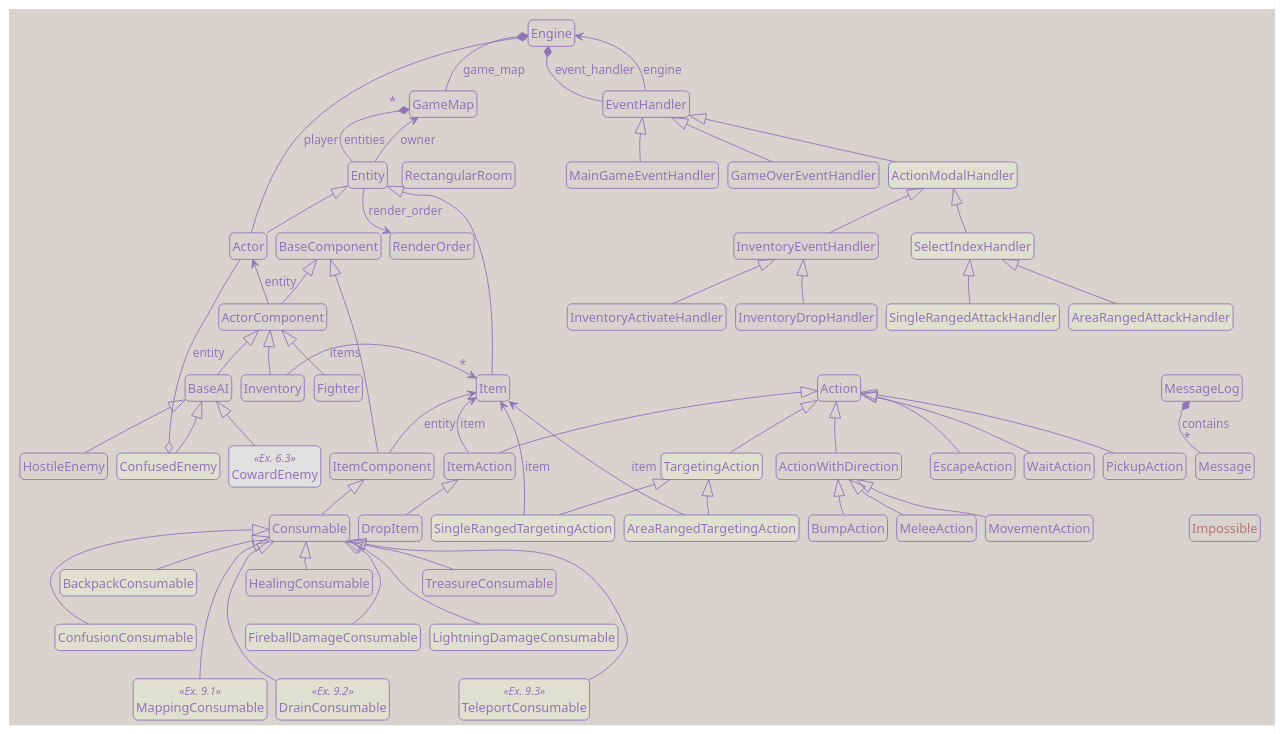
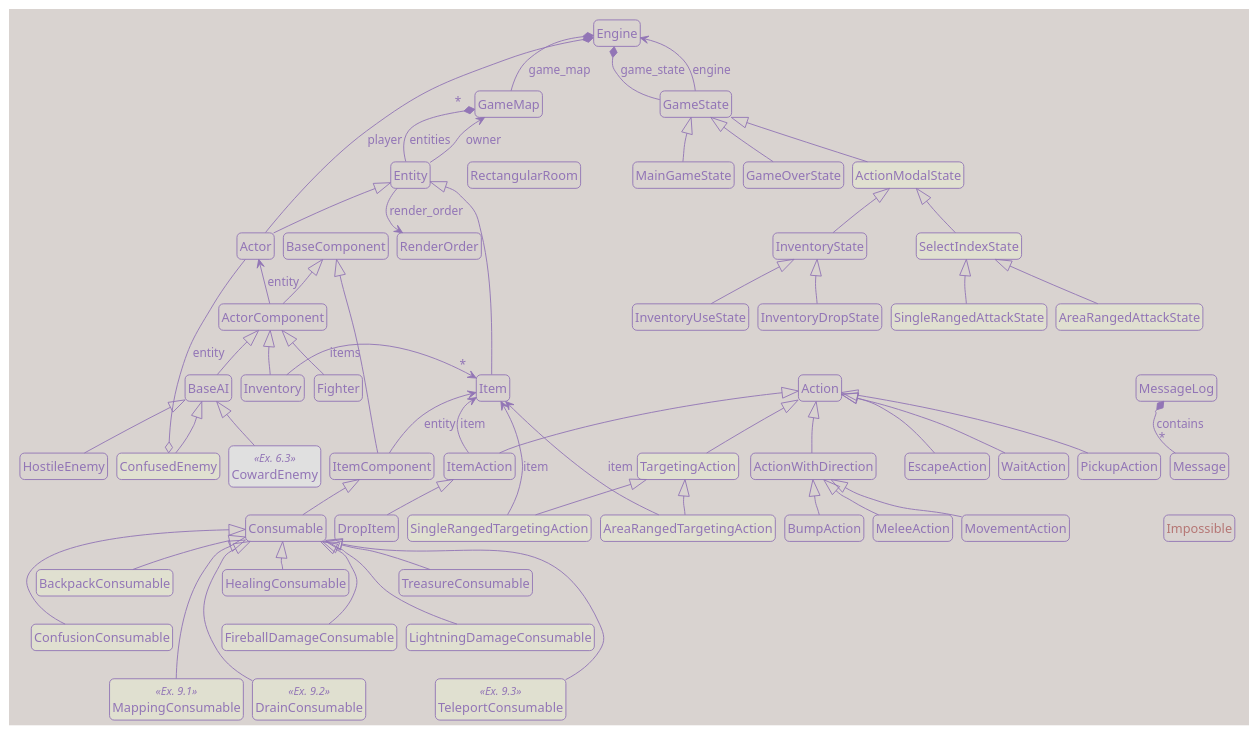
One commit to Darky-Lucera/roguelike-tutorials-website changed the diagram in content/tutorials/tcod/v3/uml/part9_classes.puml. Above: the diagram before and after it, drawn with PlantUML. The commit also changed 21 other files, not shown here.

```diff
--- a/content/tutorials/tcod/v3/uml/part9_classes.puml
+++ b/content/tutorials/tcod/v3/uml/part9_classes.puml
@@ -53,10 +53,10 @@
 class "GameMap" as game.map.game_map.GameMap {
 }
 
-class "EventHandler" as game.input_handlers.EventHandler {
+class "GameState" as game.game_states.GameState {
 }
 
-class "ActionModalHandler" as game.input_handlers.ActionModalHandler #e0e0d0 {
+class "ActionModalState" as game.game_states.ActionModalState #e0e0d0 {
 }
 
 class "Action" as game.actions.Action {
@@ -89,28 +89,28 @@
 class "<color:#b57674>Impossible</color>" as game.exceptions.Impossible {
 }
 
-class "MainGameEventHandler" as game.input_handlers.MainGameEventHandler {
+class "MainGameState" as game.game_states.MainGameState {
 }
 
-class "GameOverEventHandler" as game.input_handlers.GameOverEventHandler {
+class "GameOverState" as game.game_states.GameOverState {
 }
 
-class "InventoryEventHandler" as game.input_handlers.InventoryEventHandler {
+class "InventoryState" as game.game_states.InventoryState {
 }
 
-class "InventoryActivateHandler" as game.input_handlers.InventoryActivateHandler {
+class "InventoryUseState" as game.game_states.InventoryUseState {
 }
 
-class "InventoryDropHandler" as game.input_handlers.InventoryDropHandler {
+class "InventoryDropState" as game.game_states.InventoryDropState {
 }
 
-class "SelectIndexHandler" as game.input_handlers.SelectIndexHandler #e0e0d0 {
+class "SelectIndexState" as game.game_states.SelectIndexState #e0e0d0 {
 }
 
-class "AreaRangedAttackHandler" as game.input_handlers.AreaRangedAttackHandler #e0e0d0 {
+class "AreaRangedAttackState" as game.game_states.AreaRangedAttackState #e0e0d0 {
 }
 
-class "SingleRangedAttackHandler" as game.input_handlers.SingleRangedAttackHandler #e0e0d0 {
+class "SingleRangedAttackState" as game.game_states.SingleRangedAttackState #e0e0d0 {
 }
 
 class "ActionWithDirection" as game.actions.ActionWithDirection {
@@ -244,21 +244,21 @@
 game.entities.components.consumable.Consumable <|-- game.entities.components.consumable.TeleportConsumable
 game.entities.components.consumable.Consumable <|-- game.entities.components.consumable.TreasureConsumable
 
-game.input_handlers.EventHandler <|-- game.input_handlers.ActionModalHandler
-game.input_handlers.EventHandler <|-- game.input_handlers.MainGameEventHandler
-game.input_handlers.EventHandler <|-- game.input_handlers.GameOverEventHandler
-game.input_handlers.ActionModalHandler <|-- game.input_handlers.InventoryEventHandler
-game.input_handlers.ActionModalHandler <|-- game.input_handlers.SelectIndexHandler
-game.input_handlers.InventoryEventHandler <|-- game.input_handlers.InventoryActivateHandler
-game.input_handlers.InventoryEventHandler <|-- game.input_handlers.InventoryDropHandler
-game.input_handlers.SelectIndexHandler <|-- game.input_handlers.AreaRangedAttackHandler
-game.input_handlers.SelectIndexHandler <|-- game.input_handlers.SingleRangedAttackHandler
+game.game_states.GameState <|-- game.game_states.ActionModalState
+game.game_states.GameState <|-- game.game_states.MainGameState
+game.game_states.GameState <|-- game.game_states.GameOverState
+game.game_states.ActionModalState <|-- game.game_states.InventoryState
+game.game_states.ActionModalState <|-- game.game_states.SelectIndexState
+game.game_states.InventoryState <|-- game.game_states.InventoryUseState
+game.game_states.InventoryState <|-- game.game_states.InventoryDropState
+game.game_states.SelectIndexState <|-- game.game_states.AreaRangedAttackState
+game.game_states.SelectIndexState <|-- game.game_states.SingleRangedAttackState
 
 ' Ownership / references / associations.
 game.engine.Engine *-- game.map.game_map.GameMap : game_map
 game.engine.Engine *-- game.entities.entity.Actor : player
-game.engine.Engine *-- game.input_handlers.EventHandler : event_handler
-game.input_handlers.EventHandler -up-> game.engine.Engine : engine
+game.engine.Engine *-- game.game_states.GameState : game_state
+game.game_states.GameState -up-> game.engine.Engine : engine
 
 game.map.game_map.GameMap "  *  " *-- game.entities.entity.Entity : entities
 game.entities.entity.Entity -up-> game.map.game_map.GameMap : owner
@@ -281,14 +281,14 @@
 
 ' Engine should be the top anchor. Keep the main roots under it.
 game.engine.Engine -[hidden]down- game.map.game_map.GameMap
-game.engine.Engine -[hidden]down- game.input_handlers.EventHandler
+game.engine.Engine -[hidden]down- game.game_states.GameState
 game.engine.Engine -[hidden]down- game.actions.Action
 game.engine.Engine -[hidden]down- game.message_log.MessageLog
 game.engine.Engine -[hidden]down- game.exceptions.Impossible
 
 ' Main second row, left to right.
-game.map.game_map.GameMap -[hidden]right- game.input_handlers.EventHandler
-game.input_handlers.EventHandler -[hidden]right- game.actions.Action
+game.map.game_map.GameMap -[hidden]right- game.game_states.GameState
+game.game_states.GameState -[hidden]right- game.actions.Action
 game.actions.Action -[hidden]right- game.message_log.MessageLog
 
 ' Map and entity/component columns.
@@ -318,7 +318,7 @@
 game.actions.ActionWithDirection -[hidden]down- game.actions.MeleeAction
 game.actions.ActionWithDirection -[hidden]down- game.actions.MovementAction
 
-game.input_handlers.InventoryDropHandler -[hidden]down- game.actions.Action
+game.game_states.InventoryDropState -[hidden]down- game.actions.Action
 
 game.entities.components.base_component.BaseComponent -[hidden]down- game.entities.components.base_component.ItemComponent
 game.entities.components.base_component.BaseComponent -[hidden]down- game.entities.components.base_component.ActorComponent
@@ -348,16 +348,16 @@
 game.entities.components.consumable.MappingConsumable -[hidden]right- game.entities.components.consumable.DrainConsumable
 game.entities.components.consumable.DrainConsumable -[hidden]right- game.entities.components.consumable.TeleportConsumable
 
-game.input_handlers.EventHandler -[hidden]down- game.input_handlers.ActionModalHandler
-game.input_handlers.EventHandler -[hidden]down- game.input_handlers.GameOverEventHandler
-game.input_handlers.EventHandler -[hidden]down- game.input_handlers.MainGameEventHandler
-game.input_handlers.ActionModalHandler -[hidden]down- game.input_handlers.InventoryEventHandler
-game.input_handlers.ActionModalHandler -[hidden]down- game.input_handlers.SelectIndexHandler
+game.game_states.GameState -[hidden]down- game.game_states.ActionModalState
+game.game_states.GameState -[hidden]down- game.game_states.GameOverState
+game.game_states.GameState -[hidden]down- game.game_states.MainGameState
+game.game_states.ActionModalState -[hidden]down- game.game_states.InventoryState
+game.game_states.ActionModalState -[hidden]down- game.game_states.SelectIndexState
 
-game.input_handlers.InventoryEventHandler -[hidden]down- game.input_handlers.InventoryActivateHandler
-game.input_handlers.InventoryEventHandler -[hidden]down- game.input_handlers.InventoryDropHandler
-game.input_handlers.SelectIndexHandler -[hidden]down- game.input_handlers.AreaRangedAttackHandler
-game.input_handlers.SelectIndexHandler -[hidden]down- game.input_handlers.SingleRangedAttackHandler
+game.game_states.InventoryState -[hidden]down- game.game_states.InventoryUseState
+game.game_states.InventoryState -[hidden]down- game.game_states.InventoryDropState
+game.game_states.SelectIndexState -[hidden]down- game.game_states.AreaRangedAttackState
+game.game_states.SelectIndexState -[hidden]down- game.game_states.SingleRangedAttackState
 
 ' Keep small support classes away from the right edge of the action tree.
 game.message_log.MessageLog -[hidden]down- game.message_log.Message
```
